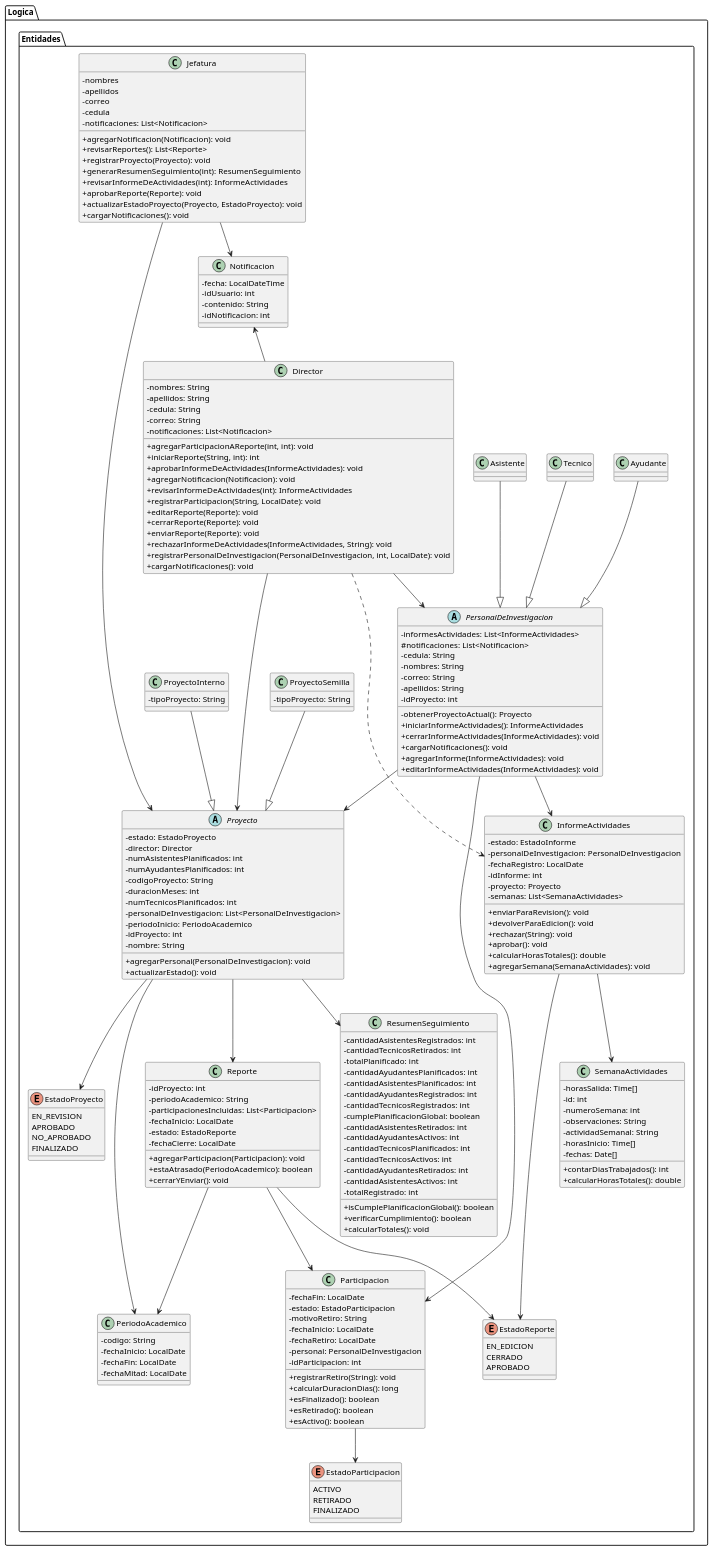
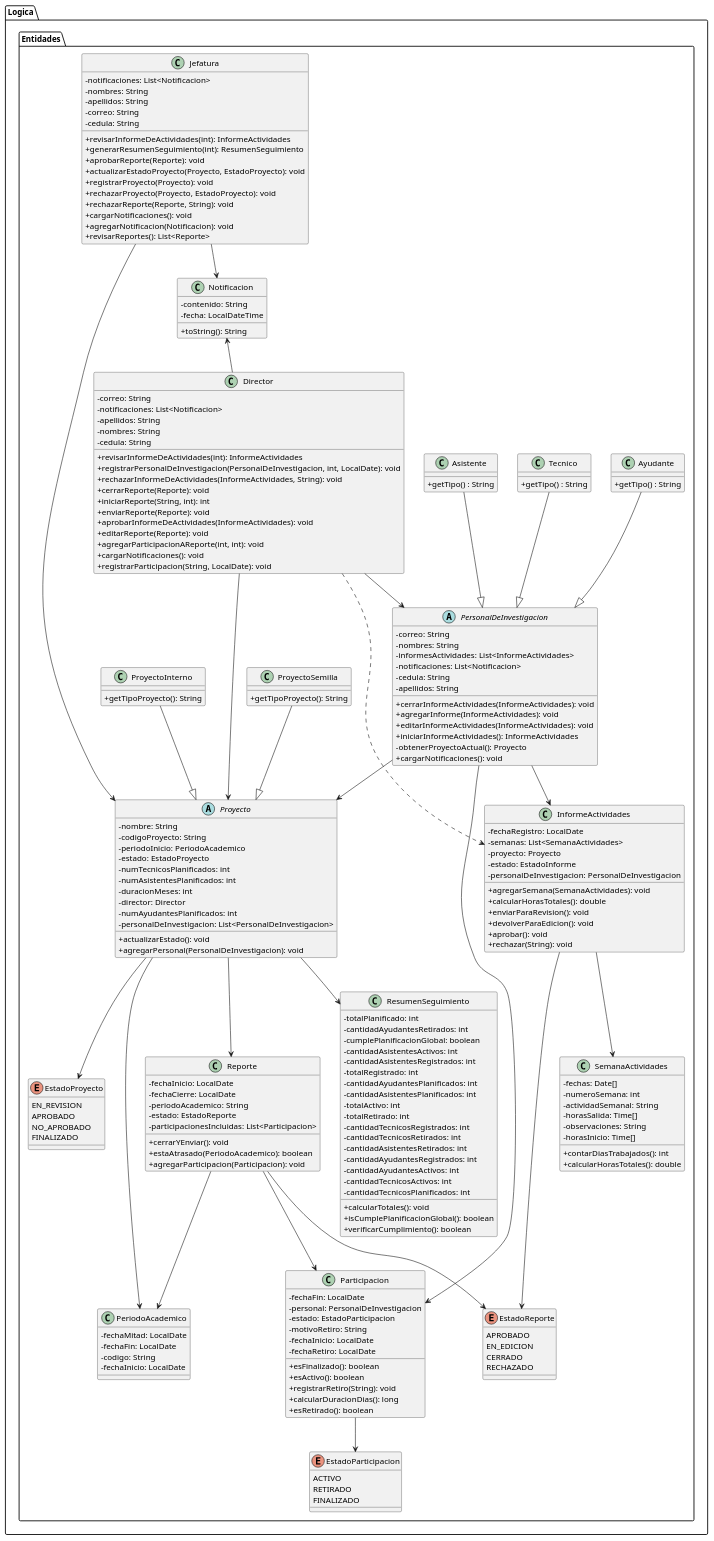
One commit to David-l24/AssistantsReport changed the diagram in src/DiagramaClases.puml. Above: the diagram before and after it, drawn with PlantUML. The commit also changed 16 other files, not shown here.

```diff
--- a/src/DiagramaClases.puml
+++ b/src/DiagramaClases.puml
@@ -5,176 +5,179 @@
 package "Logica.Entidades" {
 
     class Jefatura {
-        - nombres
-        - apellidos
-        - correo
-        - cedula
-        - notificaciones: List<Notificacion>
-        + agregarNotificacion(Notificacion): void
-        + revisarReportes(): List<Reporte>
-        + registrarProyecto(Proyecto): void
-        + generarResumenSeguimiento(int): ResumenSeguimiento
-        + revisarInformeDeActividades(int): InformeActividades
-        + aprobarReporte(Reporte): void
-        + actualizarEstadoProyecto(Proyecto, EstadoProyecto): void
-        + cargarNotificaciones(): void
+      - notificaciones: List<Notificacion>
+      - nombres: String
+      - apellidos: String
+      - correo: String
+      - cedula: String
+      + revisarInformeDeActividades(int): InformeActividades
+      + generarResumenSeguimiento(int): ResumenSeguimiento
+      + aprobarReporte(Reporte): void
+      + actualizarEstadoProyecto(Proyecto, EstadoProyecto): void
+      + registrarProyecto(Proyecto): void
+      + rechazarProyecto(Proyecto, EstadoProyecto): void
+      + rechazarReporte(Reporte, String): void
+      + cargarNotificaciones(): void
+      + agregarNotificacion(Notificacion): void
+      + revisarReportes(): List<Reporte>
     }
 
     class Director {
-        - nombres: String
-        - apellidos: String
-        - cedula: String
-        - correo: String
-        - notificaciones: List<Notificacion>
-        + agregarParticipacionAReporte(int, int): void
-        + iniciarReporte(String, int): int
-        + aprobarInformeDeActividades(InformeActividades): void
-        + agregarNotificacion(Notificacion): void
-        + revisarInformeDeActividades(int): InformeActividades
-        + registrarParticipacion(String, LocalDate): void
-        + editarReporte(Reporte): void
-        + cerrarReporte(Reporte): void
-        + enviarReporte(Reporte): void
-        + rechazarInformeDeActividades(InformeActividades, String): void
-        + registrarPersonalDeInvestigacion(PersonalDeInvestigacion, int, LocalDate): void
-        + cargarNotificaciones(): void
+      - correo: String
+      - notificaciones: List<Notificacion>
+      - apellidos: String
+      - nombres: String
+      - cedula: String
+      + revisarInformeDeActividades(int): InformeActividades
+      + registrarPersonalDeInvestigacion(PersonalDeInvestigacion, int, LocalDate): void
+      + rechazarInformeDeActividades(InformeActividades, String): void
+      + cerrarReporte(Reporte): void
+      + iniciarReporte(String, int): int
+      + enviarReporte(Reporte): void
+      + aprobarInformeDeActividades(InformeActividades): void
+      + editarReporte(Reporte): void
+      + agregarParticipacionAReporte(int, int): void
+      + cargarNotificaciones(): void
+      + registrarParticipacion(String, LocalDate): void
     }
 
     abstract class PersonalDeInvestigacion {
-        - informesActividades: List<InformeActividades>
-        # notificaciones: List<Notificacion>
-        - cedula: String
-        - nombres: String
-        - correo: String
-        - apellidos: String
-        - idProyecto: int
-        - obtenerProyectoActual(): Proyecto
-        + iniciarInformeActividades(): InformeActividades
-        + cerrarInformeActividades(InformeActividades): void
-        + cargarNotificaciones(): void
-        + agregarInforme(InformeActividades): void
-        + editarInformeActividades(InformeActividades): void
+      - correo: String
+      - nombres: String
+      - informesActividades: List<InformeActividades>
+      - notificaciones: List<Notificacion>
+      - cedula: String
+      - apellidos: String
+      + cerrarInformeActividades(InformeActividades): void
+      + agregarInforme(InformeActividades): void
+      + editarInformeActividades(InformeActividades): void
+      + iniciarInformeActividades(): InformeActividades
+      - obtenerProyectoActual(): Proyecto
+      + cargarNotificaciones(): void
     }
 
     abstract class Proyecto {
-        - estado: EstadoProyecto
-        - director: Director
-        - numAsistentesPlanificados: int
-        - numAyudantesPlanificados: int
-        - codigoProyecto: String
-        - duracionMeses: int
-        - numTecnicosPlanificados: int
-        - personalDeInvestigacion: List<PersonalDeInvestigacion>
-        - periodoInicio: PeriodoAcademico
-        - idProyecto: int
-        - nombre: String
-        + agregarPersonal(PersonalDeInvestigacion): void
-        + actualizarEstado(): void
+      - nombre: String
+      - codigoProyecto: String
+      - periodoInicio: PeriodoAcademico
+      - estado: EstadoProyecto
+      - numTecnicosPlanificados: int
+      - numAsistentesPlanificados: int
+      - duracionMeses: int
+      - director: Director
+      - numAyudantesPlanificados: int
+      - personalDeInvestigacion: List<PersonalDeInvestigacion>
+      + actualizarEstado(): void
+      + agregarPersonal(PersonalDeInvestigacion): void
+
     }
 
     class ProyectoSemilla {
-        - tipoProyecto: String
+      + getTipoProyecto(): String
     }
 
     class ProyectoInterno {
-        - tipoProyecto: String
+      + getTipoProyecto(): String
     }
 
     class Reporte {
-        - idProyecto: int
-        - periodoAcademico: String
-        - participacionesIncluidas: List<Participacion>
-        - fechaInicio: LocalDate
-        - estado: EstadoReporte
-        - fechaCierre: LocalDate
-        + agregarParticipacion(Participacion): void
-        + estaAtrasado(PeriodoAcademico): boolean
-        + cerrarYEnviar(): void
+      - fechaInicio: LocalDate
+      - fechaCierre: LocalDate
+      - periodoAcademico: String
+      - estado: EstadoReporte
+      - participacionesIncluidas: List<Participacion>
+      + cerrarYEnviar(): void
+      + estaAtrasado(PeriodoAcademico): boolean
+      + agregarParticipacion(Participacion): void
     }
 
     class PeriodoAcademico {
-        - codigo: String
-        - fechaInicio: LocalDate
-        - fechaFin: LocalDate
-        - fechaMitad: LocalDate
+      - fechaMitad: LocalDate
+      - fechaFin: LocalDate
+      - codigo: String
+      - fechaInicio: LocalDate
 
     }
 
     class Participacion {
-        - fechaFin: LocalDate
-        - estado: EstadoParticipacion
-        - motivoRetiro: String
-        - fechaInicio: LocalDate
-        - fechaRetiro: LocalDate
-        - personal: PersonalDeInvestigacion
-        - idParticipacion: int
-        + registrarRetiro(String): void
-        + calcularDuracionDias(): long
-        + esFinalizado(): boolean
-        + esRetirado(): boolean
-        + esActivo(): boolean
+      - fechaFin: LocalDate
+      - personal: PersonalDeInvestigacion
+      - estado: EstadoParticipacion
+      - motivoRetiro: String
+      - fechaInicio: LocalDate
+      - fechaRetiro: LocalDate
+      + esFinalizado(): boolean
+      + esActivo(): boolean
+      + registrarRetiro(String): void
+      + calcularDuracionDias(): long
+      + esRetirado(): boolean
     }
 
     class InformeActividades {
-        - estado: EstadoInforme
-        - personalDeInvestigacion: PersonalDeInvestigacion
-        - fechaRegistro: LocalDate
-        - idInforme: int
-        - proyecto: Proyecto
-        - semanas: List<SemanaActividades>
-        + enviarParaRevision(): void
-        + devolverParaEdicion(): void
-        + rechazar(String): void
-        + aprobar(): void
-        + calcularHorasTotales(): double
-        + agregarSemana(SemanaActividades): void
+      - fechaRegistro: LocalDate
+      - semanas: List<SemanaActividades>
+      - proyecto: Proyecto
+      - estado: EstadoInforme
+      - personalDeInvestigacion: PersonalDeInvestigacion
+      + agregarSemana(SemanaActividades): void
+      + calcularHorasTotales(): double
+      + enviarParaRevision(): void
+      + devolverParaEdicion(): void
+      + aprobar(): void
+      + rechazar(String): void
     }
 
     class ResumenSeguimiento {
-        - cantidadAsistentesRegistrados: int
-        - cantidadTecnicosRetirados: int
-        - totalPlanificado: int
-        - cantidadAyudantesPlanificados: int
-        - cantidadAsistentesPlanificados: int
-        - cantidadAyudantesRegistrados: int
-        - cantidadTecnicosRegistrados: int
-        - cumplePlanificacionGlobal: boolean
-        - cantidadAsistentesRetirados: int
-        - cantidadAyudantesActivos: int
-        - cantidadTecnicosPlanificados: int
-        - cantidadTecnicosActivos: int
-        - cantidadAyudantesRetirados: int
-        - cantidadAsistentesActivos: int
-        - totalRegistrado: int
-        + isCumplePlanificacionGlobal(): boolean
-        + verificarCumplimiento(): boolean
-        + calcularTotales(): void
+      - totalPlanificado: int
+      - cantidadAyudantesRetirados: int
+      - cumplePlanificacionGlobal: boolean
+      - cantidadAsistentesActivos: int
+      - cantidadAsistentesRegistrados: int
+      - totalRegistrado: int
+      - cantidadAyudantesPlanificados: int
+      - cantidadAsistentesPlanificados: int
+      - totalActivo: int
+      - totalRetirado: int
+      - cantidadTecnicosRegistrados: int
+      - cantidadTecnicosRetirados: int
+      - cantidadAsistentesRetirados: int
+      - cantidadAyudantesRegistrados: int
+      - cantidadAyudantesActivos: int
+      - cantidadTecnicosActivos: int
+      - cantidadTecnicosPlanificados: int
+      + calcularTotales(): void
+      + isCumplePlanificacionGlobal(): boolean
+      + verificarCumplimiento(): boolean
     }
 
     class Notificacion {
-        - fecha: LocalDateTime
-        - idUsuario: int
-        - contenido: String
-        - idNotificacion: int
+      - contenido: String
+      - fecha: LocalDateTime
+      + toString(): String
     }
 
     class SemanaActividades {
+      - fechas: Date[]
+      - numeroSemana: int
+      - actividadSemanal: String
       - horasSalida: Time[]
-      - id: int
-      - numeroSemana: int
       - observaciones: String
-      - actividadSemanal: String
       - horasInicio: Time[]
-      - fechas: Date[]
       + contarDiasTrabajados(): int
       + calcularHorasTotales(): double
     }
 
-    class Asistente {}
+    class Asistente {
+       + getTipo() : String
+    }
 
-    class Ayudante {}
+    class Ayudante {
+       + getTipo() : String
+    }
 
-    class Tecnico {}
+    class Tecnico {
+       + getTipo() : String
+    }
 
     enum EstadoProyecto {
         EN_REVISION
@@ -184,9 +187,10 @@
     }
 
     enum EstadoReporte {
+        APROBADO
         EN_EDICION
         CERRADO
-        APROBADO
+        RECHAZADO
     }
 
     enum EstadoParticipacion {
```
